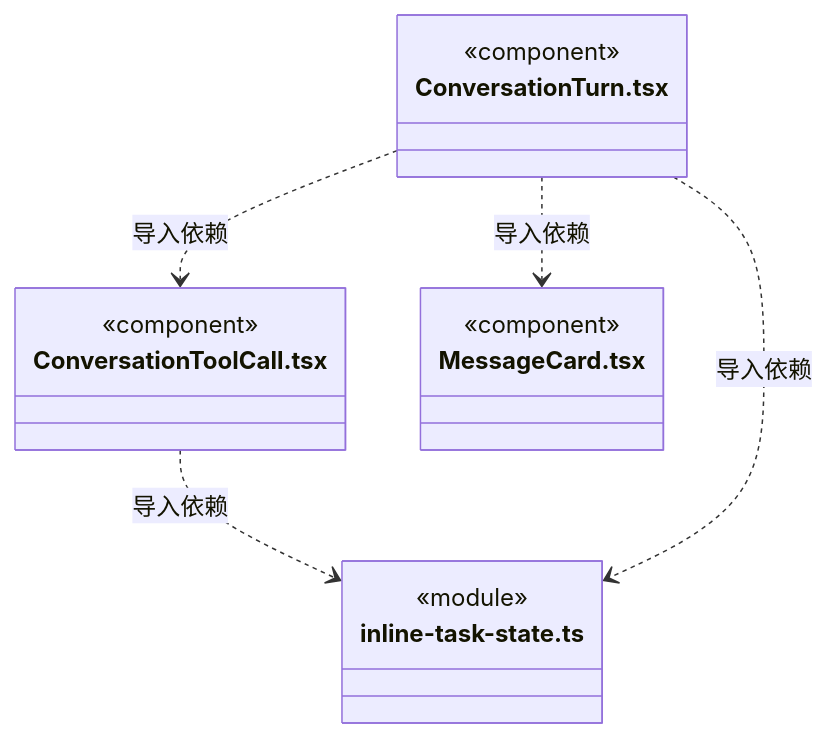
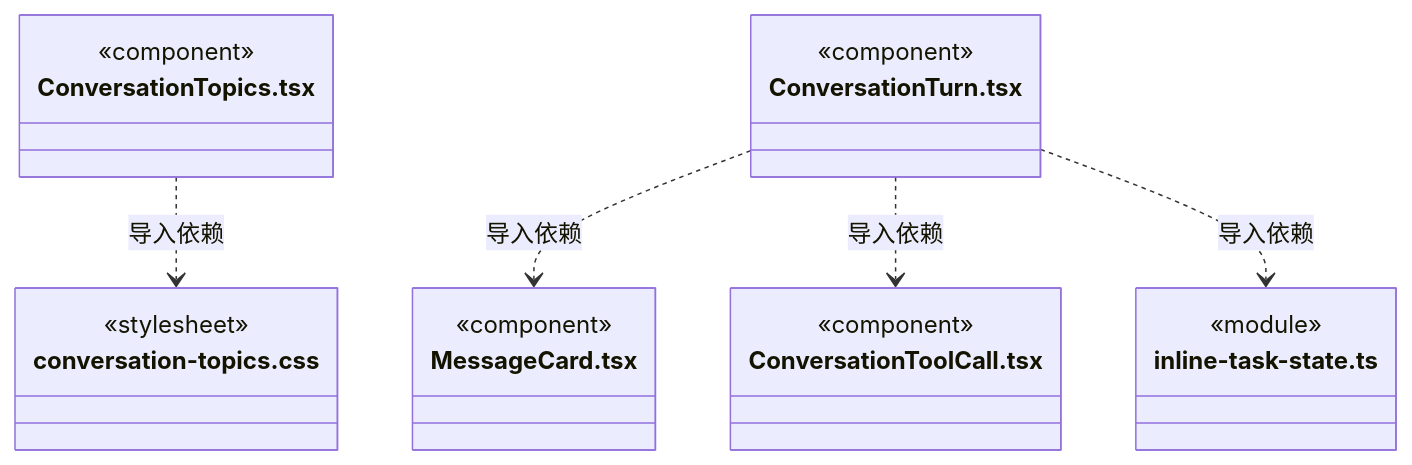
Diagram 42 of 46 in src/view/conversation/ARCHITECTURE.md (nan023062/cbim), drawn with Mermaid before and after one commit. The commit also changed other lines of this file and 12 other files, not shown here.

Commit message:
feat: group main conversation records into task topics

````diff
--- a/src/view/conversation/ARCHITECTURE.md
+++ b/src/view/conversation/ARCHITECTURE.md
@@ -563,19 +643,25 @@
 ```mermaid
 classDiagram
-class N_src_view_conversation_ConversationToolCall_tsx["ConversationToolCall.tsx"] {
+class N_src_view_conversation_ConversationTopics_tsx["ConversationTopics.tsx"] {
   <<component>>
 }
-class N_src_view_conversation_inline_task_state_ts["inline-task-state.ts"] {
-  <<module>>
+class N_src_view_conversation_conversation_topics_css["conversation-topics.css"] {
+  <<stylesheet>>
 }
 class N_src_view_conversation_ConversationTurn_tsx["ConversationTurn.tsx"] {
   <<component>>
 }
 class N_src_view_conversation_MessageCard_tsx["MessageCard.tsx"] {
   <<component>>
 }
-N_src_view_conversation_ConversationToolCall_tsx ..> N_src_view_conversation_inline_task_state_ts : 导入依赖
+class N_src_view_conversation_ConversationToolCall_tsx["ConversationToolCall.tsx"] {
+  <<component>>
+}
+class N_src_view_conversation_inline_task_state_ts["inline-task-state.ts"] {
+  <<module>>
+}
+N_src_view_conversation_ConversationTopics_tsx ..> N_src_view_conversation_conversation_topics_css : 导入依赖
 N_src_view_conversation_ConversationTurn_tsx ..> N_src_view_conversation_MessageCard_tsx : 导入依赖
 N_src_view_conversation_ConversationTurn_tsx ..> N_src_view_conversation_ConversationToolCall_tsx : 导入依赖
 N_src_view_conversation_ConversationTurn_tsx ..> N_src_view_conversation_inline_task_state_ts : 导入依赖
 ```
````
